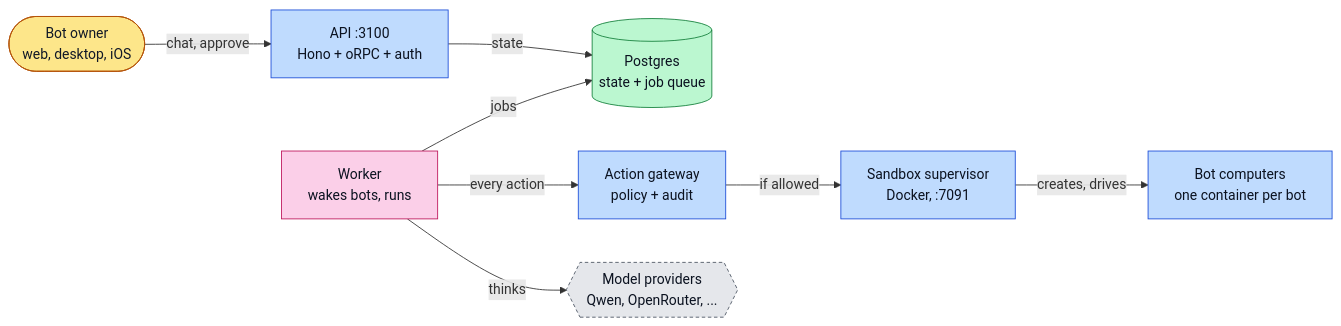
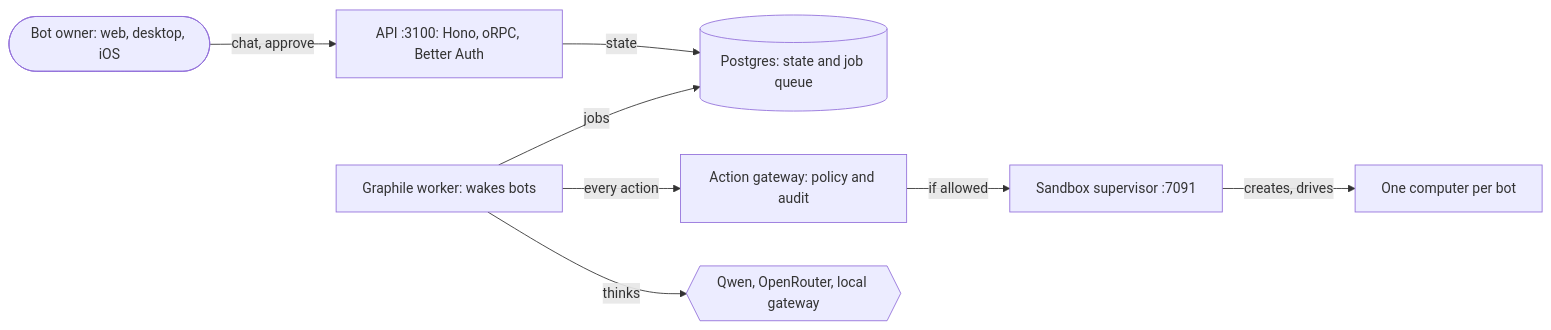
The diagram in README.md (thefiredev-cloud/kodros-bot), drawn with Mermaid before and after one commit. The commit also changed other lines of this file and 6 other files, not shown here.

````diff
--- a/README.md
+++ b/README.md
@@ -236,23 +19,10 @@
 ```mermaid
 flowchart LR
-  owner(["Bot owner<br/>web, desktop, iOS"]):::actor
-  api["API :3100<br/>Hono + oRPC + auth"]:::app
-  db[("Postgres<br/>state + job queue")]:::store
-  worker["Worker<br/>wakes bots, runs"]:::job
-  gateway["Action gateway<br/>policy + audit"]:::app
-  sup["Sandbox supervisor<br/>Docker, :7091"]:::app
-  computer["Bot computers<br/>one container per bot"]:::app
-  models{{"Model providers<br/>Qwen, OpenRouter, ..."}}:::ext
-  owner -->|"chat, approve"| api
-  api -->|"state"| db
-  worker -->|"jobs"| db
-  worker -->|"every action"| gateway
-  gateway -->|"if allowed"| sup
-  sup -->|"creates, drives"| computer
-  worker -->|"thinks"| models
-  classDef actor fill:#fde68a,stroke:#b45309,color:#111827
-  classDef app fill:#bfdbfe,stroke:#1d4ed8,color:#0b1220
-  classDef ext fill:#e5e7eb,stroke:#4b5563,color:#0b1220,stroke-dasharray:4 3
-  classDef job fill:#fbcfe8,stroke:#be185d,color:#0b1220
-  classDef store fill:#bbf7d0,stroke:#15803d,color:#0b1220
+  owner([Bot owner: web, desktop, iOS]) -->|chat, approve| api[API :3100: Hono, oRPC, Better Auth]
+  api -->|state| db[(Postgres: state and job queue)]
+  worker[Graphile worker: wakes bots] -->|jobs| db
+  worker -->|every action| gateway[Action gateway: policy and audit]
+  gateway -->|if allowed| sup[Sandbox supervisor :7091]
+  sup -->|creates, drives| computer[One computer per bot]
+  worker -->|thinks| models{{Qwen, OpenRouter, local gateway}}
 ```
````
